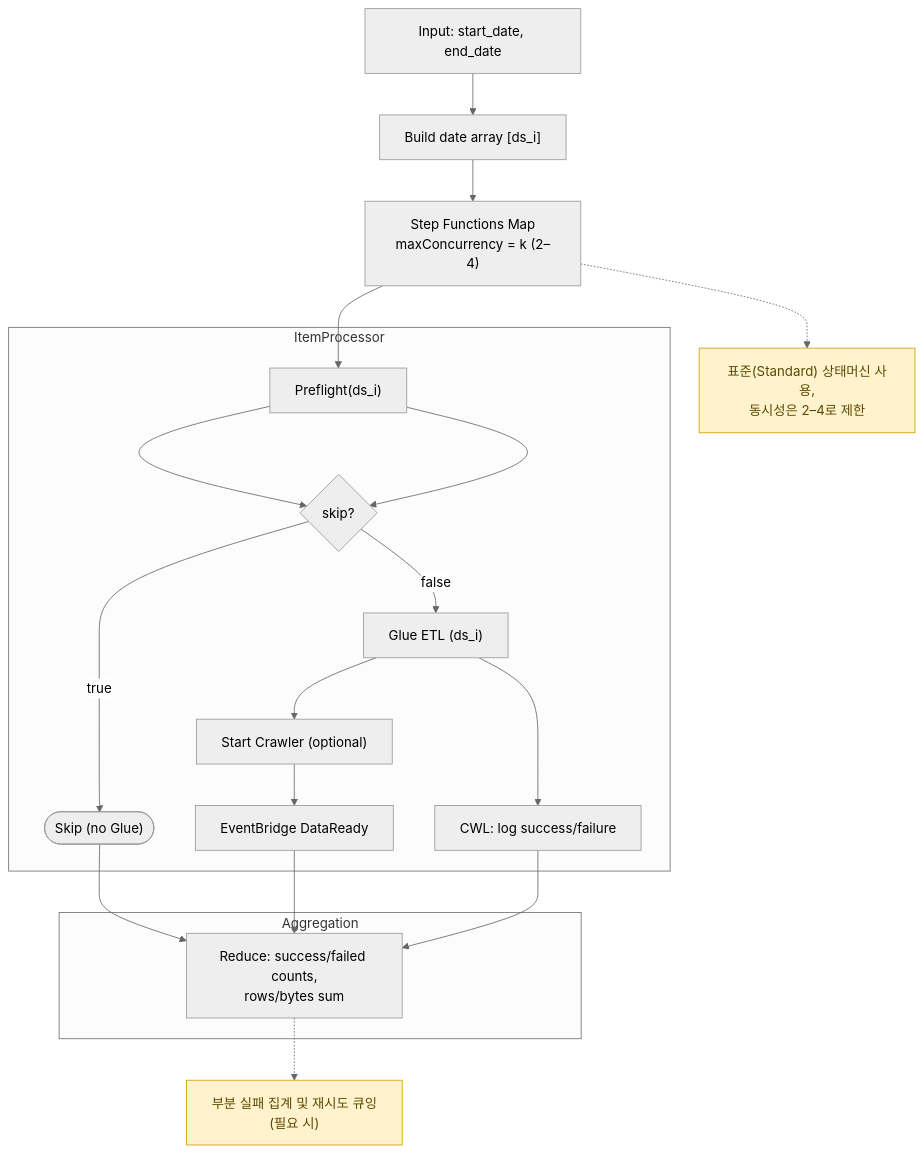
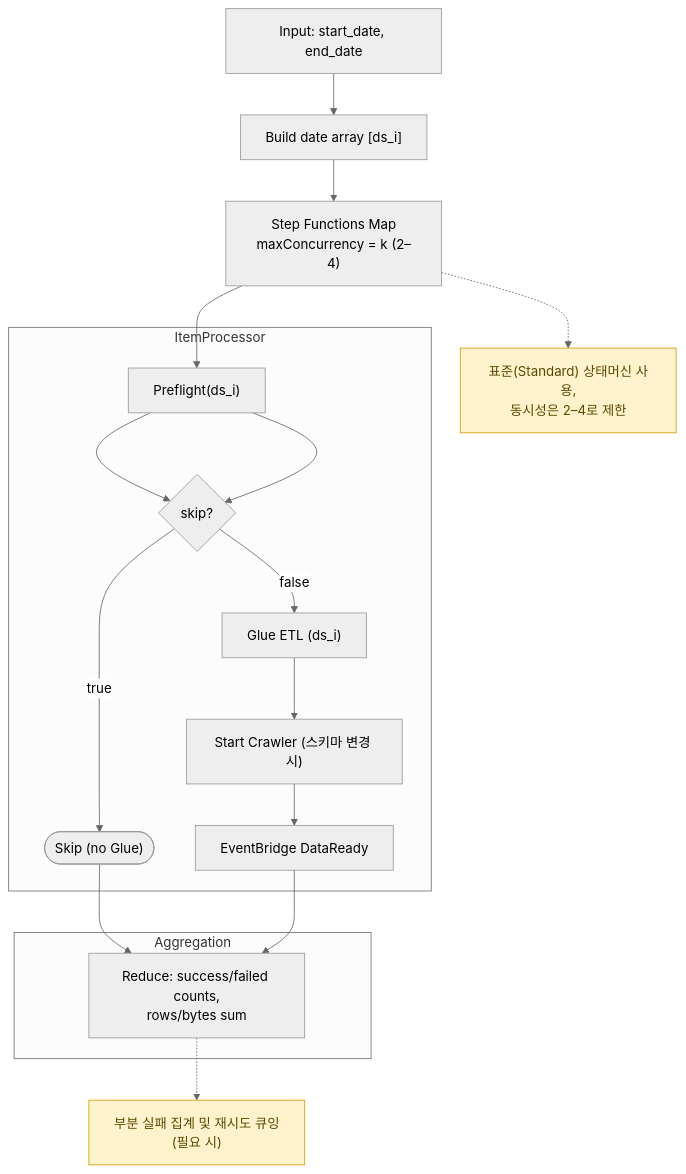
One commit to keemgdeok/fin-forge-pipeline changed the diagram in docs/diagrams/transform/05-backfill-map.md. Above: the diagram before and after it, drawn with Mermaid (neutral theme). The commit also changed 20 other files, not shown here.

Commit message:
docs(specs/state-machine): catalog_update 입력 추가, SCHEMA_CHECK_FAILED 정의, 재시도 정책 갱신, 관측성 축약

````diff
--- a/docs/diagrams/transform/05-backfill-map.md
+++ b/docs/diagrams/transform/05-backfill-map.md
@@ -1,31 +1,30 @@
 ```mermaid
 flowchart TD
   A["Input: start_date, end_date"] --> B["Build date array [ds_i]"]
   B --> M["Step Functions Map<br/>maxConcurrency = k (2–4)"]
 
   subgraph ItemProcessor
     I1["Preflight(ds_i)"] --> J{skip?}
     J -->|true| SKIP(["Skip (no Glue)"])
     J -->|false| G["Glue ETL (ds_i)"]
-    G --> CR["Start Crawler (optional)"]
+    G --> CR["Start Crawler (스키마 변경 시)"]
     CR --> EV["EventBridge DataReady"]
-    G --> CWL["CWL: log success/failure"]
+    
   end
 
   M --> I1
   I1 --> J
   SKIP --> Z
   EV --> Z
-  CWL --> Z
   subgraph Aggregation
     Z["Reduce: success/failed counts,<br/>rows/bytes sum"]
   end
 
   %% Notes
   N1["표준(Standard) 상태머신 사용,<br/>동시성은 2–4로 제한"]:::note
   N2["부분 실패 집계 및 재시도 큐잉(필요 시)"]:::note
   M -.-> N1
   Z -.-> N2
 
   classDef note fill:#fff3cd,stroke:#d39e00,color:#5c4800;
 ```
````
